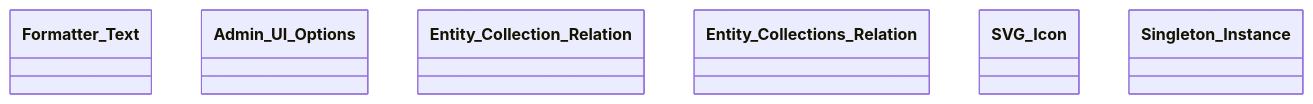
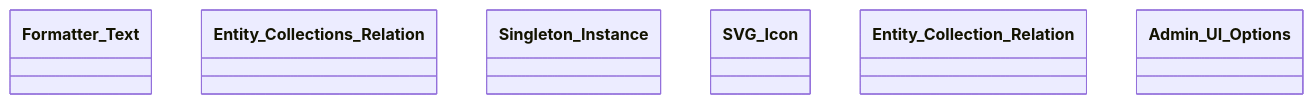
Before and after one commit to tainacan/tainacan: diagram 13 of 13 in docs/phpdoc/Home.md, drawn with Mermaid. The commit also changed other lines of this file and 69 other files, not shown here.

````diff
--- a/docs/phpdoc/Home.md
+++ b/docs/phpdoc/Home.md
@@ -791,10 +791,10 @@
 ```mermaid
 classDiagram
     direction TB
     class Formatter_Text { }
+    class Entity_Collections_Relation { }
+    class Singleton_Instance { }
+    class SVG_Icon { }
+    class Entity_Collection_Relation { }
     class Admin_UI_Options { }
-    class Entity_Collection_Relation { }
-    class Entity_Collections_Relation { }
-    class SVG_Icon { }
-    class Singleton_Instance { }
 ```
````
